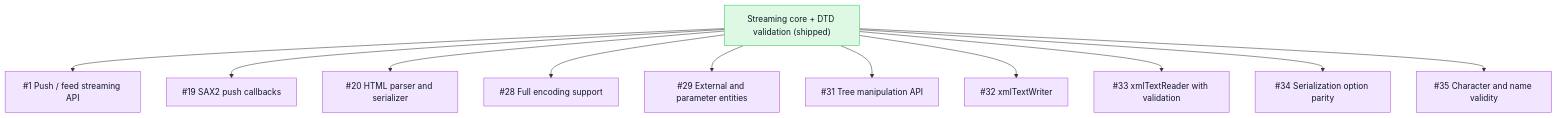
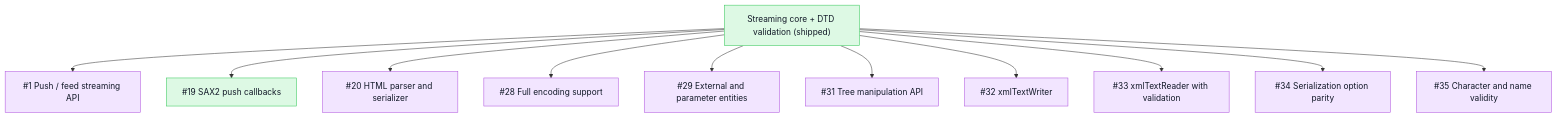
Before and after one commit to mihaelamj/PureXML: the second of 5 diagrams in README.md, drawn with Mermaid. The commit also changed 5 other files, not shown here.

First line of the commit message:
feat(parsing): add SAX2 push-callback API

````diff
--- a/README.md
+++ b/README.md
@@ -52,28 +52,28 @@
 ```mermaid
 flowchart TB
   classDef done fill:#ddf9e4,stroke:#34c759,color:#111827
   classDef review fill:#fff7d6,stroke:#ffcc00,color:#111827
   classDef epic fill:#f2e5ff,stroke:#af52de,color:#111827
   classDef todo fill:#f2f4f7,stroke:#8e8e93,color:#111827
   Core["Streaming core + DTD validation (shipped)"]:::done
   Push["#1 Push / feed streaming API"]:::epic
-  Sax["#19 SAX2 push callbacks"]:::epic
+  Sax["#19 SAX2 push callbacks"]:::done
   Html["#20 HTML parser and serializer"]:::epic
   Enc["#28 Full encoding support"]:::epic
   Ent["#29 External and parameter entities"]:::epic
   TreeApi["#31 Tree manipulation API"]:::epic
   Writer["#32 xmlTextWriter"]:::epic
   Reader["#33 xmlTextReader with validation"]:::epic
   Save["#34 Serialization option parity"]:::epic
   Chars["#35 Character and name validity"]:::epic
   Core --> Push
   Core --> Sax
   Core --> Html
   Core --> Enc
   Core --> Ent
   Core --> TreeApi
   Core --> Writer
   Core --> Reader
   Core --> Save
   Core --> Chars
 ```
````
